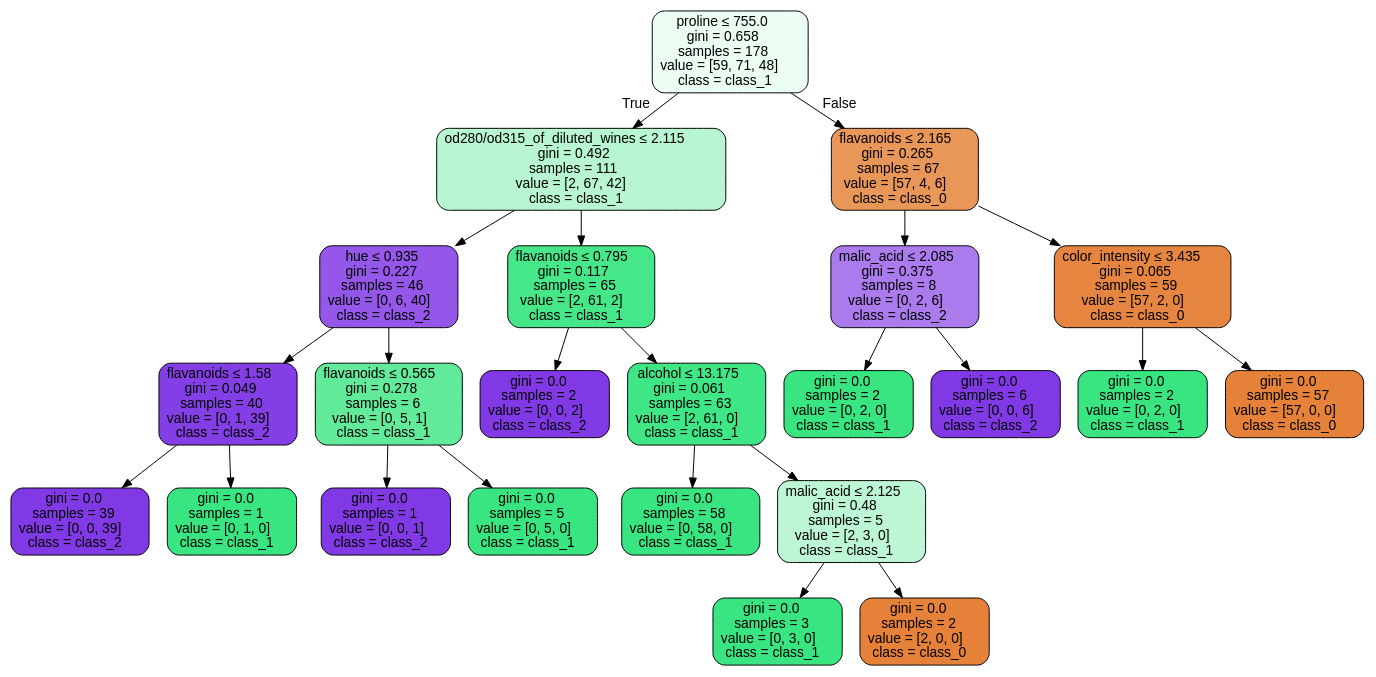
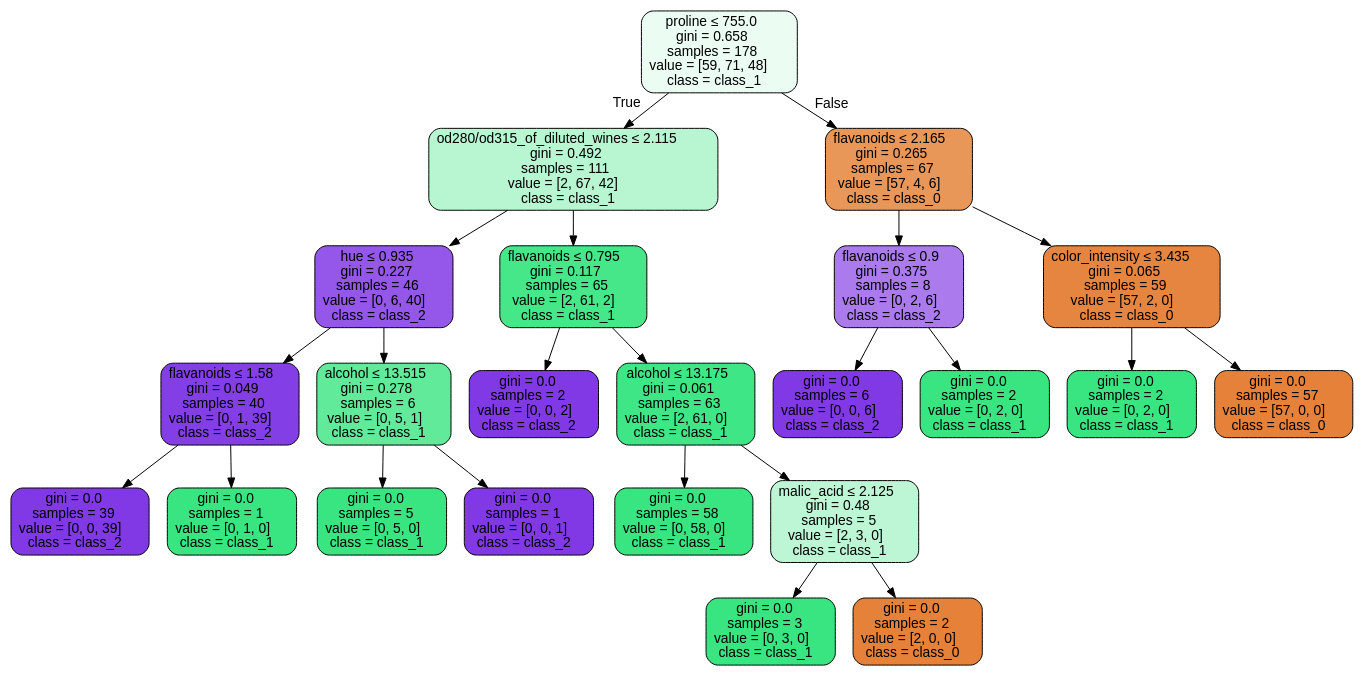
Before and after one commit to lynstanford/machine-learning-projects: the diagram in machine-learning/wine.dot, drawn with Graphviz. The commit also changed 3 other files, not shown here.

```diff
--- a/machine-learning/wine.dot
+++ b/machine-learning/wine.dot
@@ -1,49 +1,49 @@
 digraph Tree {
 node [shape=box, style="filled, rounded", color="black", fontname="helvetica"] ;
 edge [fontname="helvetica"] ;
 0 [label=<proline &le; 755.0<br/>gini = 0.658<br/>samples = 178<br/>value = [59, 71, 48]<br/>class = class_1>, fillcolor="#ebfcf2"] ;
 1 [label=<od280/od315_of_diluted_wines &le; 2.115<br/>gini = 0.492<br/>samples = 111<br/>value = [2, 67, 42]<br/>class = class_1>, fillcolor="#b7f6d1"] ;
 0 -> 1 [labeldistance=2.5, labelangle=45, headlabel="True"] ;
 2 [label=<hue &le; 0.935<br/>gini = 0.227<br/>samples = 46<br/>value = [0, 6, 40]<br/>class = class_2>, fillcolor="#9457e9"] ;
 1 -> 2 ;
 3 [label=<flavanoids &le; 1.58<br/>gini = 0.049<br/>samples = 40<br/>value = [0, 1, 39]<br/>class = class_2>, fillcolor="#843ee6"] ;
 2 -> 3 ;
 4 [label=<gini = 0.0<br/>samples = 39<br/>value = [0, 0, 39]<br/>class = class_2>, fillcolor="#8139e5"] ;
 3 -> 4 ;
 5 [label=<gini = 0.0<br/>samples = 1<br/>value = [0, 1, 0]<br/>class = class_1>, fillcolor="#39e581"] ;
 3 -> 5 ;
-6 [label=<flavanoids &le; 0.565<br/>gini = 0.278<br/>samples = 6<br/>value = [0, 5, 1]<br/>class = class_1>, fillcolor="#61ea9a"] ;
+6 [label=<alcohol &le; 13.515<br/>gini = 0.278<br/>samples = 6<br/>value = [0, 5, 1]<br/>class = class_1>, fillcolor="#61ea9a"] ;
 2 -> 6 ;
-7 [label=<gini = 0.0<br/>samples = 1<br/>value = [0, 0, 1]<br/>class = class_2>, fillcolor="#8139e5"] ;
+7 [label=<gini = 0.0<br/>samples = 5<br/>value = [0, 5, 0]<br/>class = class_1>, fillcolor="#39e581"] ;
 6 -> 7 ;
-8 [label=<gini = 0.0<br/>samples = 5<br/>value = [0, 5, 0]<br/>class = class_1>, fillcolor="#39e581"] ;
+8 [label=<gini = 0.0<br/>samples = 1<br/>value = [0, 0, 1]<br/>class = class_2>, fillcolor="#8139e5"] ;
 6 -> 8 ;
 9 [label=<flavanoids &le; 0.795<br/>gini = 0.117<br/>samples = 65<br/>value = [2, 61, 2]<br/>class = class_1>, fillcolor="#46e789"] ;
 1 -> 9 ;
 10 [label=<gini = 0.0<br/>samples = 2<br/>value = [0, 0, 2]<br/>class = class_2>, fillcolor="#8139e5"] ;
 9 -> 10 ;
 11 [label=<alcohol &le; 13.175<br/>gini = 0.061<br/>samples = 63<br/>value = [2, 61, 0]<br/>class = class_1>, fillcolor="#3fe685"] ;
 9 -> 11 ;
 12 [label=<gini = 0.0<br/>samples = 58<br/>value = [0, 58, 0]<br/>class = class_1>, fillcolor="#39e581"] ;
 11 -> 12 ;
 13 [label=<malic_acid &le; 2.125<br/>gini = 0.48<br/>samples = 5<br/>value = [2, 3, 0]<br/>class = class_1>, fillcolor="#bdf6d5"] ;
 11 -> 13 ;
 14 [label=<gini = 0.0<br/>samples = 3<br/>value = [0, 3, 0]<br/>class = class_1>, fillcolor="#39e581"] ;
 13 -> 14 ;
 15 [label=<gini = 0.0<br/>samples = 2<br/>value = [2, 0, 0]<br/>class = class_0>, fillcolor="#e58139"] ;
 13 -> 15 ;
 16 [label=<flavanoids &le; 2.165<br/>gini = 0.265<br/>samples = 67<br/>value = [57, 4, 6]<br/>class = class_0>, fillcolor="#e99659"] ;
 0 -> 16 [labeldistance=2.5, labelangle=-45, headlabel="False"] ;
-17 [label=<malic_acid &le; 2.085<br/>gini = 0.375<br/>samples = 8<br/>value = [0, 2, 6]<br/>class = class_2>, fillcolor="#ab7bee"] ;
+17 [label=<flavanoids &le; 0.9<br/>gini = 0.375<br/>samples = 8<br/>value = [0, 2, 6]<br/>class = class_2>, fillcolor="#ab7bee"] ;
 16 -> 17 ;
-18 [label=<gini = 0.0<br/>samples = 2<br/>value = [0, 2, 0]<br/>class = class_1>, fillcolor="#39e581"] ;
+18 [label=<gini = 0.0<br/>samples = 6<br/>value = [0, 0, 6]<br/>class = class_2>, fillcolor="#8139e5"] ;
 17 -> 18 ;
-19 [label=<gini = 0.0<br/>samples = 6<br/>value = [0, 0, 6]<br/>class = class_2>, fillcolor="#8139e5"] ;
+19 [label=<gini = 0.0<br/>samples = 2<br/>value = [0, 2, 0]<br/>class = class_1>, fillcolor="#39e581"] ;
 17 -> 19 ;
 20 [label=<color_intensity &le; 3.435<br/>gini = 0.065<br/>samples = 59<br/>value = [57, 2, 0]<br/>class = class_0>, fillcolor="#e68540"] ;
 16 -> 20 ;
 21 [label=<gini = 0.0<br/>samples = 2<br/>value = [0, 2, 0]<br/>class = class_1>, fillcolor="#39e581"] ;
 20 -> 21 ;
 22 [label=<gini = 0.0<br/>samples = 57<br/>value = [57, 0, 0]<br/>class = class_0>, fillcolor="#e58139"] ;
 20 -> 22 ;
 }
```
